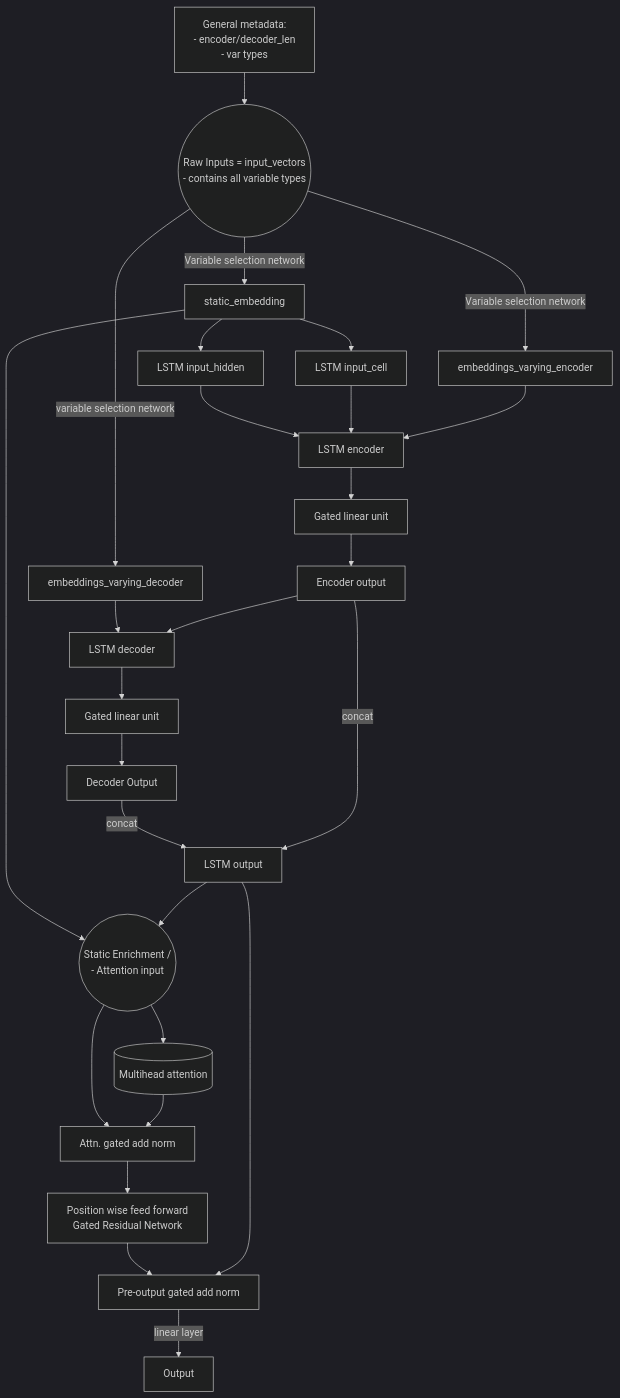
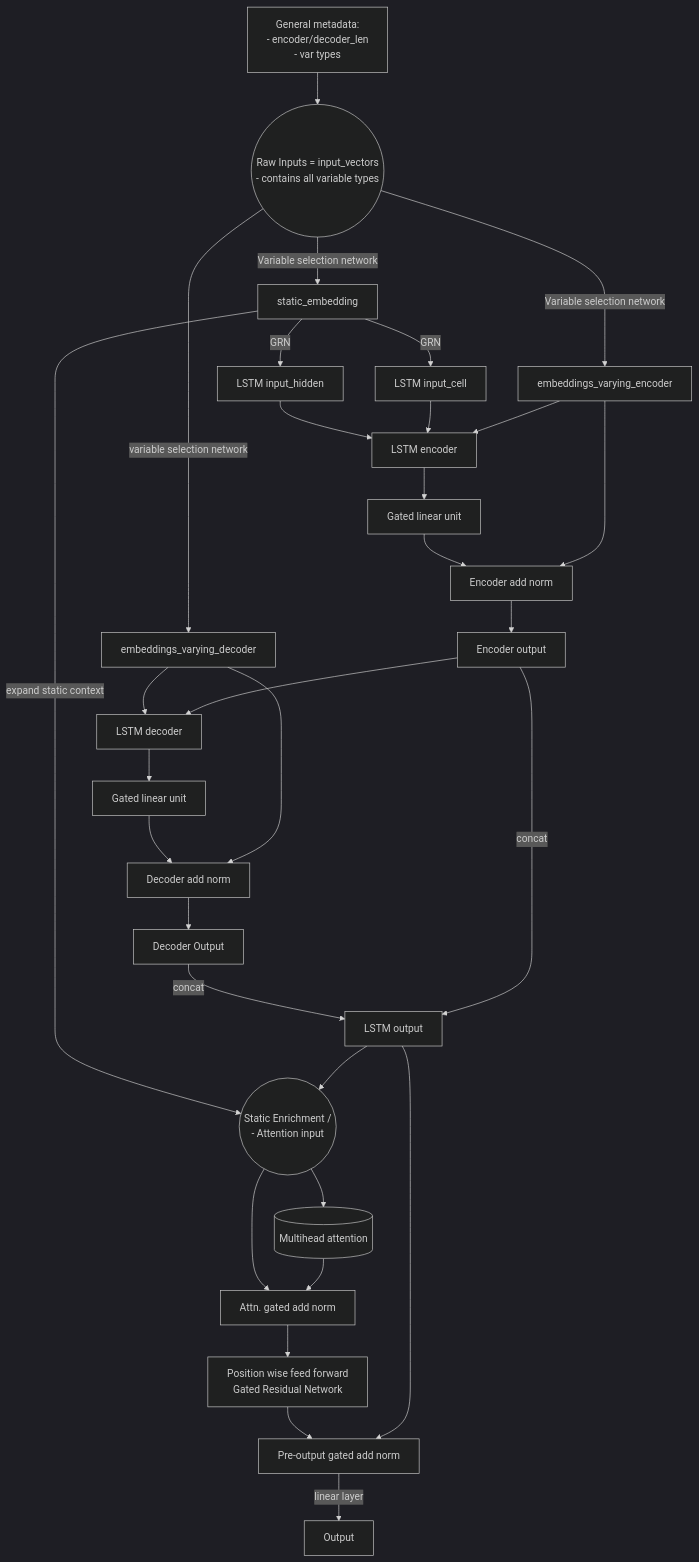
One commit to Luke-Chesley/tft_development changed the second of 2 diagrams in readme.md. Above: the diagram before and after it, drawn with Mermaid (dark theme).

Commit message:
modified:   readme.md

````diff
--- a/readme.md
+++ b/readme.md
@@ -39,59 +39,66 @@
 ```mermaid
 
 graph TD
     %% Input, embeddings and variable selection
     A[General metadata: <br>- encoder/decoder_len <br>- var types] --> B
     B((Raw Inputs = input_vectors <br>- contains all variable types)) -->|Variable selection network| C[static_embedding]
     D[embeddings_varying_encoder]
     B --> |Variable selection network|D
     E[embeddings_varying_decoder]
     B --> |variable selection network|E
 
     %% LSTM
     F[LSTM input_hidden]
     G[LSTM input_cell]
-    C --> F
-    C --> G
+    C --> |GRN|F
+    C --> |GRN|G
 
     %% encoder
     H[LSTM encoder]
     F --> H
     G --> H
     D --> H
     II[Gated linear unit]
+    III[Encoder add norm]
     I[Encoder output]
     H --> II
-    II --> I
+    II --> III
+    D --> III
+    III --> I
+
     %% decoder
     J[LSTM decoder]
     E --> J
     I --> J
     K[Decoder Output]
     KK[Gated linear unit]
+    DK[Decoder add norm]
     J --> KK
-    KK --> K 
+    KK --> DK
+    DK --> K 
+    E --> DK
     KKK[LSTM output]
     K -->|concat| KKK
     I -->|concat| KKK
 
     %% Static Enrichment
     L((Static Enrichment /<br>- Attention input))
-    C --> L
+    C -->|expand static context| L
     KKK --> L
 
     %% attention
     M[(Multihead attention)] 
     L --> M
     NN[Position wise feed forward<br>Gated Residual Network]
     NNN[Attn. gated add norm]
     L --> NNN
     N[Pre-output gated add norm]
     M --> NNN
     NNN --> NN
     NN --> N
     KKK --> N
 
     %% output
     O[Output]
     N --> |linear layer|O
 ```
````
